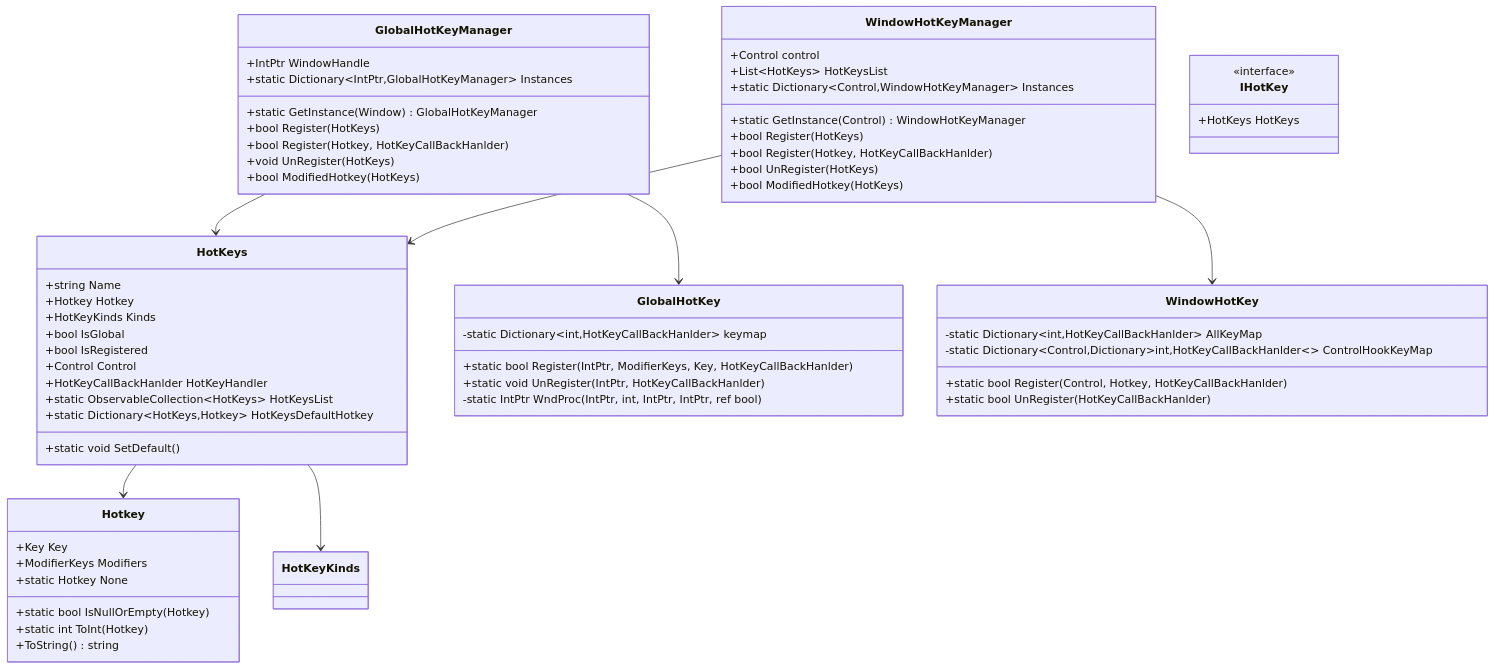
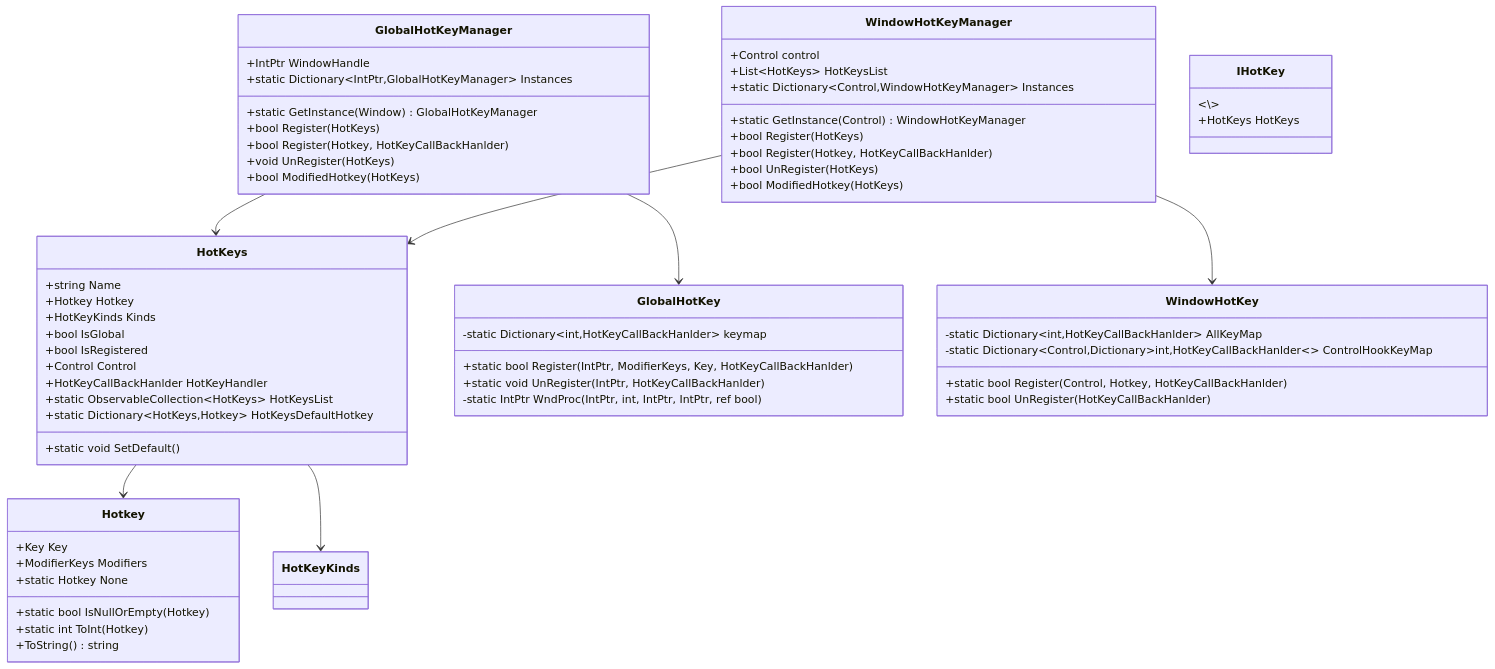
Before and after one commit to xincheng213618/scgd_general_wpf: the second of 4 diagrams in docs/ui-components/HotKey系统设计文档.md, drawn with Mermaid. The commit also changed other lines of this file and 70 other files, not shown here.

````diff
--- a/docs/ui-components/HotKey系统设计文档.md
+++ b/docs/ui-components/HotKey系统设计文档.md
@@ -67,71 +67,71 @@
 ```mermaid
 classDiagram
     class Hotkey {
         +Key Key
         +ModifierKeys Modifiers
         +static Hotkey None
         +static bool IsNullOrEmpty(Hotkey)
         +static int ToInt(Hotkey)
         +ToString() string
     }
     
     class HotKeys {
         +string Name
         +Hotkey Hotkey
         +HotKeyKinds Kinds
         +bool IsGlobal
         +bool IsRegistered
         +Control Control
         +HotKeyCallBackHanlder HotKeyHandler
         +static ObservableCollection~HotKeys~ HotKeysList
         +static Dictionary~HotKeys,Hotkey~ HotKeysDefaultHotkey
         +static void SetDefault()
     }
     
     class GlobalHotKeyManager {
         +IntPtr WindowHandle
         +static Dictionary~IntPtr,GlobalHotKeyManager~ Instances
         +static GetInstance(Window) GlobalHotKeyManager
         +bool Register(HotKeys)
         +bool Register(Hotkey, HotKeyCallBackHanlder)
         +void UnRegister(HotKeys)
         +bool ModifiedHotkey(HotKeys)
     }
     
     class WindowHotKeyManager {
         +Control control
         +List~HotKeys~ HotKeysList
         +static Dictionary~Control,WindowHotKeyManager~ Instances
         +static GetInstance(Control) WindowHotKeyManager
         +bool Register(HotKeys)
         +bool Register(Hotkey, HotKeyCallBackHanlder)
         +bool UnRegister(HotKeys)
         +bool ModifiedHotkey(HotKeys)
     }
     
     class GlobalHotKey {
         +static bool Register(IntPtr, ModifierKeys, Key, HotKeyCallBackHanlder)
         +static void UnRegister(IntPtr, HotKeyCallBackHanlder)
         -static IntPtr WndProc(IntPtr, int, IntPtr, IntPtr, ref bool)
         -static Dictionary~int,HotKeyCallBackHanlder~ keymap
     }
     
     class WindowHotKey {
         +static bool Register(Control, Hotkey, HotKeyCallBackHanlder)
         +static bool UnRegister(HotKeyCallBackHanlder)
         -static Dictionary~int,HotKeyCallBackHanlder~ AllKeyMap
         -static Dictionary~Control,Dictionary~int,HotKeyCallBackHanlder~~ ControlHookKeyMap
     }
     
     class IHotKey {
-        <<interface>>
+        <\<interface>\>
         +HotKeys HotKeys
     }
     
     HotKeys --> Hotkey
     HotKeys --> HotKeyKinds
     GlobalHotKeyManager --> GlobalHotKey
     WindowHotKeyManager --> WindowHotKey
     GlobalHotKeyManager --> HotKeys
     WindowHotKeyManager --> HotKeys
 ```
````
